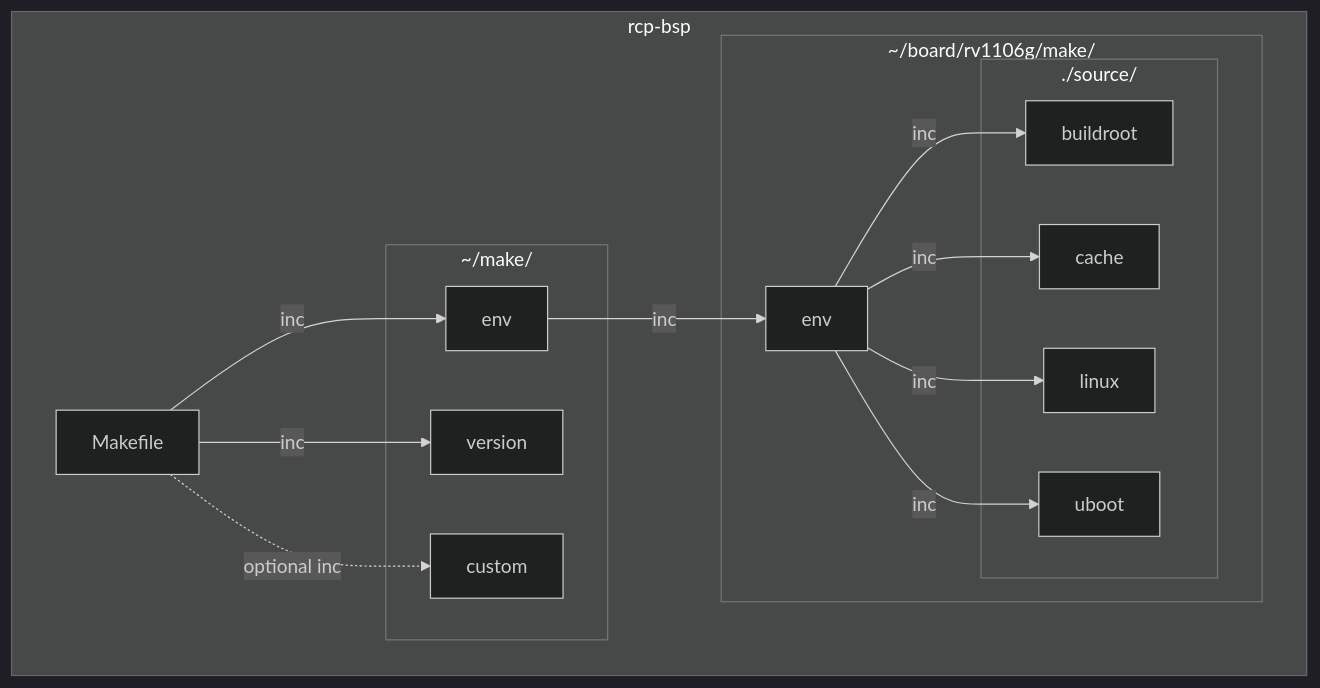
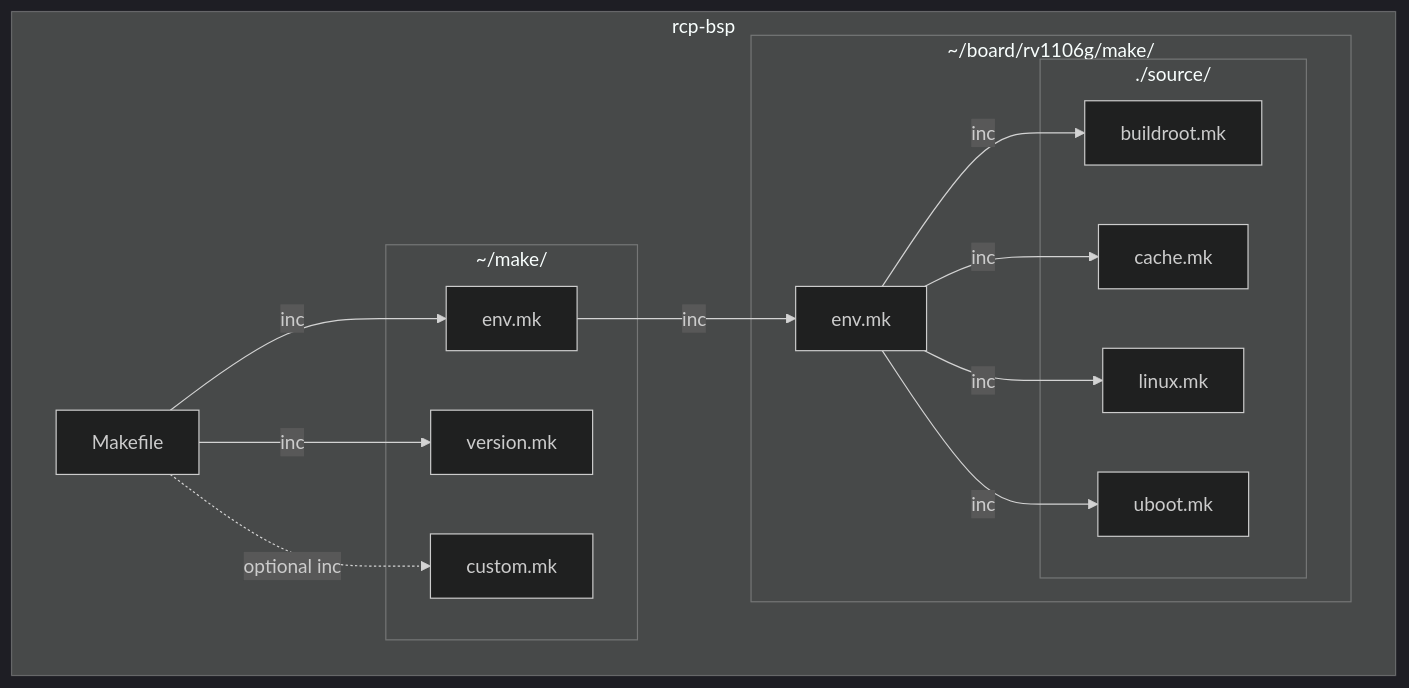
Before and after one commit to tactacam-ryanmoe/markdown-test: the first of 2 diagrams in README.md, drawn with Mermaid (dark theme).

````diff
--- a/README.md
+++ b/README.md
@@ -3,33 +3,33 @@
 ```mermaid
 flowchart TB
     subgraph rcp-bsp
         Makefile
     
         subgraph make1[~/make/]
-            make_env[env]
-            make_version[version]
-            make_custom[custom]
+            make_env[env.mk]
+            make_version[version.mk]
+            make_custom[custom.mk]
         end
 
         Makefile -- inc --> make_env
         Makefile -- inc--> make_version
         Makefile -. optional inc .-> make_custom
     
         subgraph board[~/board/rv1106g/make/]
-            board_env[env]
+            board_env[env.mk]
             subgraph source[./source/]
-                board_buildroot[buildroot]
-                board_cache[cache]
-                board_linux[linux]
-                board_uboot[uboot]
+                board_buildroot[buildroot.mk]
+                board_cache[cache.mk]
+                board_linux[linux.mk]
+                board_uboot[uboot.mk]
             end
         end
     
         make_env -- inc --> board_env
     
         board_env -- inc --> board_buildroot
         board_env -- inc --> board_cache
         board_env -- inc --> board_linux
         board_env -- inc --> board_uboot
     end
 ```
````
